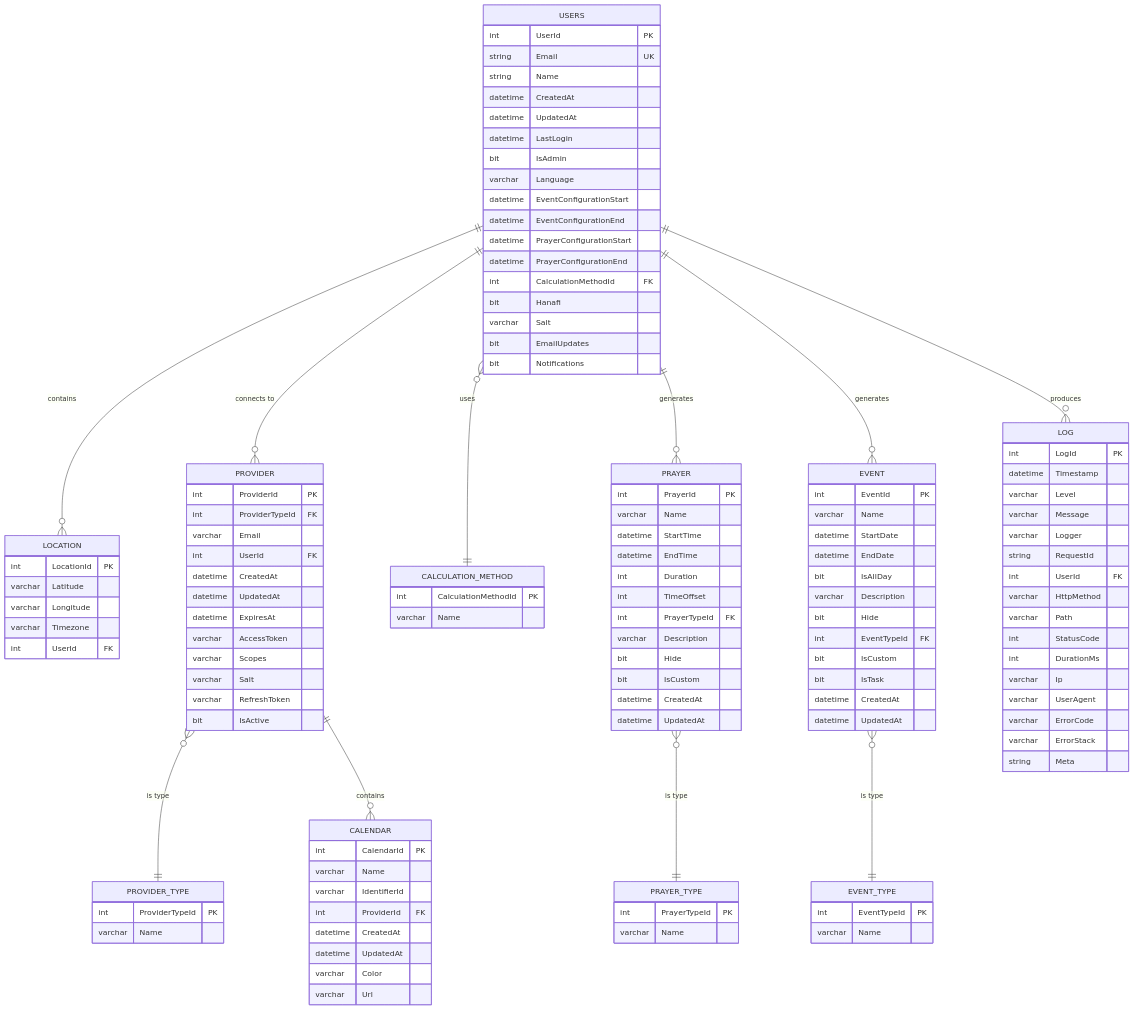
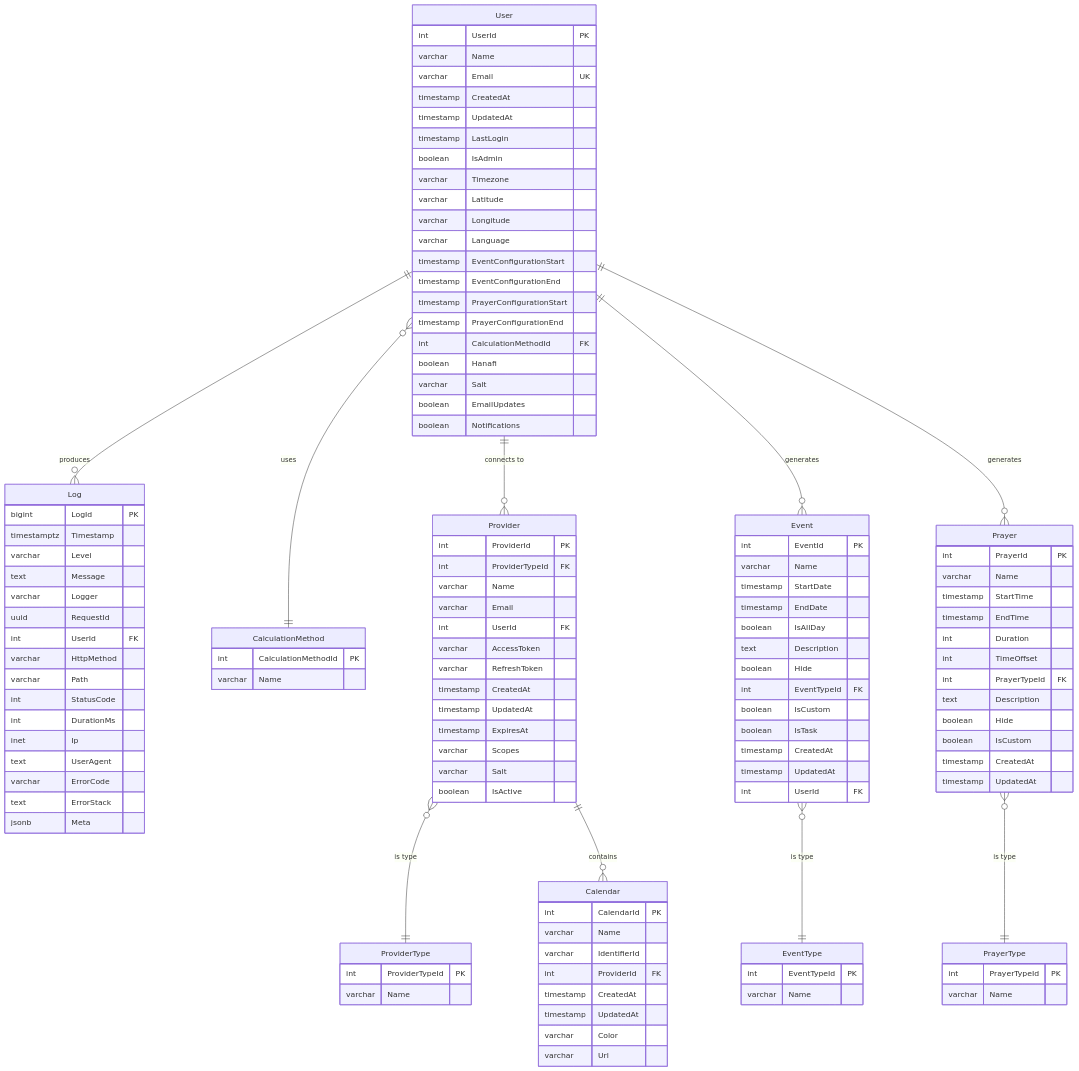
The diagram in _wiki/entity_overview_and_design.md (mdw223/Islamic-Calendar-Sync), drawn with Mermaid before and after one commit. The commit also changed other lines of this file and 10 other files, not shown here.

Commit message:
#26 updated front end file naming, User table name, calendar layout

````diff
--- a/_wiki/entity_overview_and_design.md
+++ b/_wiki/entity_overview_and_design.md
@@ -72,136 +74,133 @@
 ```mermaid
 erDiagram
-    USERS {
+    User {
         int UserId PK
-        string Email UK
-        string Name
-        datetime CreatedAt
-        datetime UpdatedAt
-        datetime LastLogin
-        bit IsAdmin
+        varchar Name
+        varchar Email UK
+        timestamp CreatedAt
+        timestamp UpdatedAt
+        timestamp LastLogin
+        boolean IsAdmin
+        varchar Timezone
+        varchar Latitude
+        varchar Longitude
         varchar Language
-        datetime EventConfigurationStart
-        datetime EventConfigurationEnd
-        datetime PrayerConfigurationStart
-        datetime PrayerConfigurationEnd
+        timestamp EventConfigurationStart
+        timestamp EventConfigurationEnd
+        timestamp PrayerConfigurationStart
+        timestamp PrayerConfigurationEnd
         int CalculationMethodId FK
-        bit Hanafi
+        boolean Hanafi
         varchar Salt
-        bit EmailUpdates
-        bit Notifications
+        boolean EmailUpdates
+        boolean Notifications
     }
 
-    LOCATION {
-        int LocationId PK
-        varchar Latitude
-        varchar Longitude
-        varchar Timezone
-        int UserId FK
-    }
-
-    PROVIDER {
-        int ProviderId PK
-        int ProviderTypeId FK
-        varchar Email
-        int UserId FK
-        datetime CreatedAt
-        datetime UpdatedAt
-        datetime ExpiresAt
-        varchar AccessToken
-        varchar Scopes
-        varchar Salt
-        varchar RefreshToken
-        bit IsActive
-    }
-
-    PROVIDER_TYPE {
-        int ProviderTypeId PK
-        varchar Name
-    }
-
-    CALENDAR {
-        int CalendarId PK
-        varchar Name
-        varchar IdentifierId
-        int ProviderId FK
-        datetime CreatedAt
-        datetime UpdatedAt
-        varchar Color
-        varchar Url
-    }
-
-    CALCULATION_METHOD {
-        int CalculationMethodId PK
-        varchar Name
-    }
-
-    PRAYER {
-        int PrayerId PK
-        varchar Name
-        datetime StartTime
-        datetime EndTime
-        int Duration
-        int TimeOffset
-        int PrayerTypeId FK
-        varchar Description
-        bit Hide
-        bit IsCustom
-        datetime CreatedAt
-        datetime UpdatedAt
-    }
-
-    PRAYER_TYPE {
-        int PrayerTypeId PK
-        varchar Name
-    }
-
-    EVENT {
-        int EventId PK
-        varchar Name
-        datetime StartDate
-        datetime EndDate
-        bit IsAllDay
-        varchar Description
-        bit Hide
-        int EventTypeId FK
-        bit IsCustom
-        bit IsTask
-        datetime CreatedAt
-        datetime UpdatedAt
-    }
-
-    EVENT_TYPE {
-        int EventTypeId PK
-        varchar Name
-    }
-
-    LOG {
-        int LogId PK
-        datetime Timestamp
+    Log {
+        bigint LogId PK
+        timestamptz Timestamp
         varchar Level
-        varchar Message
+        text Message
         varchar Logger
-        string RequestId
+        uuid RequestId
         int UserId FK
         varchar HttpMethod
         varchar Path
         int StatusCode
         int DurationMs
-        varchar Ip
-        varchar UserAgent
+        inet Ip
+        text UserAgent
         varchar ErrorCode
-        varchar ErrorStack
-        string Meta
+        text ErrorStack
+        jsonb Meta
     }
 
-    USERS ||--o{ PROVIDER : "connects to"
-    USERS ||--o{ LOCATION : "contains"
-    PROVIDER }o--|| PROVIDER_TYPE : "is type"
-    PROVIDER ||--o{ CALENDAR : "contains"
-    USERS }o--|| CALCULATION_METHOD : "uses"
-    USERS ||--o{ PRAYER : "generates"
-    PRAYER }o--|| PRAYER_TYPE : "is type"
-    USERS ||--o{ EVENT : "generates"
-    EVENT }o--|| EVENT_TYPE : "is type"
-    USERS ||--o{ LOG : "produces"
+    CalculationMethod {
+        int CalculationMethodId PK
+        varchar Name
+    }
+
+    ProviderType {
+        int ProviderTypeId PK
+        varchar Name
+    }
+
+    Provider {
+        int ProviderId PK
+        int ProviderTypeId FK
+        varchar Name
+        varchar Email
+        int UserId FK
+        varchar AccessToken
+        varchar RefreshToken
+        timestamp CreatedAt
+        timestamp UpdatedAt
+        timestamp ExpiresAt
+        varchar Scopes
+        varchar Salt
+        boolean IsActive
+    }
+
+    EventType {
+        int EventTypeId PK
+        varchar Name
+    }
+
+    Event {
+        int EventId PK
+        varchar Name
+        timestamp StartDate
+        timestamp EndDate
+        boolean IsAllDay
+        text Description
+        boolean Hide
+        int EventTypeId FK
+        boolean IsCustom
+        boolean IsTask
+        timestamp CreatedAt
+        timestamp UpdatedAt
+        int UserId FK
+    }
+
+    %% Commented out in init.sql — planned for future implementation
+    Calendar {
+        int CalendarId PK
+        varchar Name
+        varchar IdentifierId
+        int ProviderId FK
+        timestamp CreatedAt
+        timestamp UpdatedAt
+        varchar Color
+        varchar Url
+    }
+
+    PrayerType {
+        int PrayerTypeId PK
+        varchar Name
+    }
+
+    Prayer {
+        int PrayerId PK
+        varchar Name
+        timestamp StartTime
+        timestamp EndTime
+        int Duration
+        int TimeOffset
+        int PrayerTypeId FK
+        text Description
+        boolean Hide
+        boolean IsCustom
+        timestamp CreatedAt
+        timestamp UpdatedAt
+    }
+
+    User ||--o{ Provider : "connects to"
+    Provider }o--|| ProviderType : "is type"
+    User }o--|| CalculationMethod : "uses"
+    User ||--o{ Event : "generates"
+    Event }o--|| EventType : "is type"
+    User ||--o{ Log : "produces"
+    Provider ||--o{ Calendar : "contains"
+    User ||--o{ Prayer : "generates"
+    Prayer }o--|| PrayerType : "is type"
 ```
````
